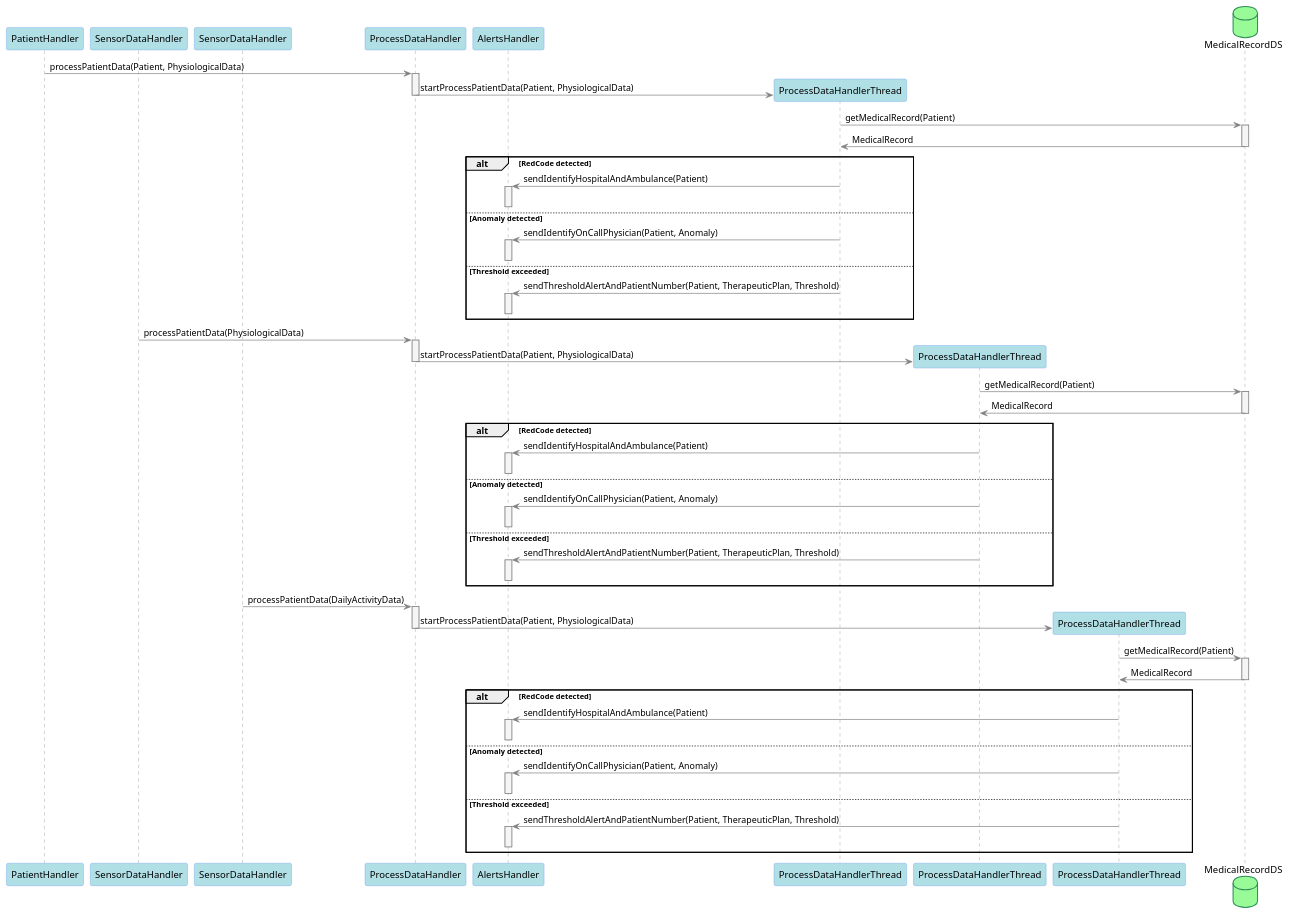
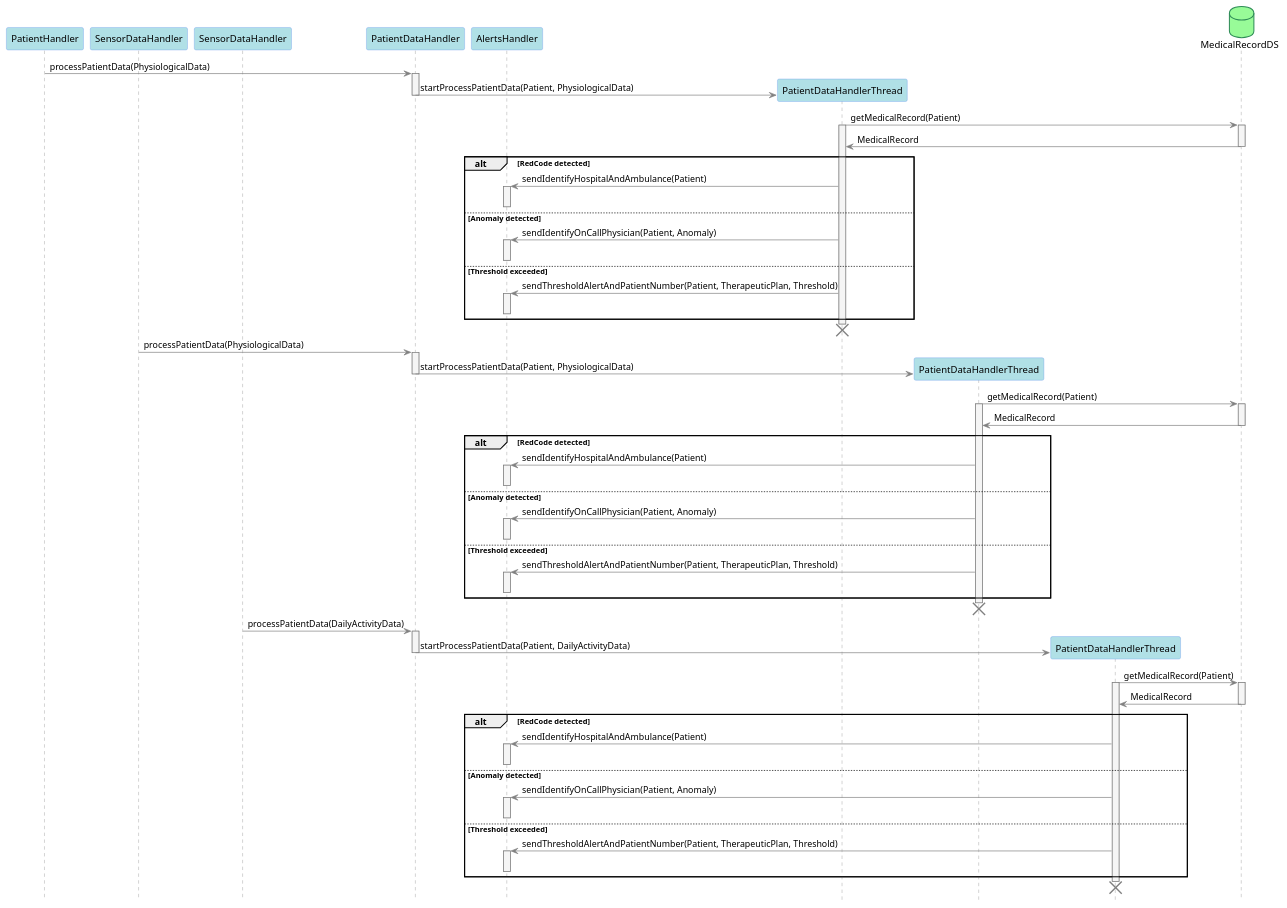
One commit to koalas11/Software-Architecture-Project changed the diagram in diagrams/sequence-diagrams/patient_data_handler.wsd. Above: the diagram before and after it, drawn with PlantUML. The commit also changed 8 other files, not shown here.

```diff
--- a/diagrams/sequence-diagrams/patient_data_handler.wsd
+++ b/diagrams/sequence-diagrams/patient_data_handler.wsd
@@ -1,80 +1,89 @@
 @startuml patient_data_handler
 
 skinparam sequence {
   ArrowColor Gray
   LifeLineBorderColor Gray
   LifeLineBackgroundColor WhiteSmoke
 
   ActorBorderColor Tomato
   ActorBackgroundColor LightSalmon
 
   ParticipantBackgroundColor PowderBlue
   ParticipantBorderColor CornflowerBlue
 }
 skinparam DatabaseBorderColor SeaGreen
 skinparam DatabaseBackgroundColor PaleGreen
 
+hide footbox
+
 participant PatientHandler as PH
 participant SensorDataHandler as SDH1
 participant SensorDataHandler as SDH2
-participant ProcessDataHandler as PDH
+participant PatientDataHandler as PDH
 participant AlertsHandler as AH
-participant ProcessDataHandlerThread as PDH1
-participant ProcessDataHandlerThread as PDH2
-participant ProcessDataHandlerThread as PDH3
+participant PatientDataHandlerThread as PDH1
+participant PatientDataHandlerThread as PDH2
+participant PatientDataHandlerThread as PDH3
 database MedicalRecordDS
 
-PH -> PDH ++ : processPatientData(Patient, PhysiologicalData)
+PH -> PDH ++ : processPatientData(PhysiologicalData)
 PDH -> PDH1 ** : startProcessPatientData(Patient, PhysiologicalData)
 deactivate PDH
 PDH1 -> MedicalRecordDS ++ : getMedicalRecord(Patient)
+activate PDH1
 PDH1 <- MedicalRecordDS -- : MedicalRecord
 
 alt RedCode detected
 PDH1 -> AH ++ : sendIdentifyHospitalAndAmbulance(Patient)
 deactivate AH
 else Anomaly detected
 PDH1 -> AH ++ : sendIdentifyOnCallPhysician(Patient, Anomaly)
 deactivate AH
 else Threshold exceeded
 PDH1 -> AH ++ : sendThresholdAlertAndPatientNumber(Patient, TherapeuticPlan, Threshold)
 deactivate AH
 end
+destroy PDH1
+
 
 SDH1 -> PDH ++ : processPatientData(PhysiologicalData)
 PDH -> PDH2 ** : startProcessPatientData(Patient, PhysiologicalData)
 deactivate PDH
 PDH2 -> MedicalRecordDS ++ : getMedicalRecord(Patient)
+activate PDH2
 PDH2 <- MedicalRecordDS -- : MedicalRecord
 
 alt RedCode detected
 PDH2 -> AH ++ : sendIdentifyHospitalAndAmbulance(Patient)
 deactivate AH
 else Anomaly detected
 PDH2 -> AH ++ : sendIdentifyOnCallPhysician(Patient, Anomaly)
 deactivate AH
 else Threshold exceeded
 PDH2 -> AH ++ : sendThresholdAlertAndPatientNumber(Patient, TherapeuticPlan, Threshold)
 deactivate AH
 end
+destroy PDH2
 
 SDH2 -> PDH ++ : processPatientData(DailyActivityData)
-PDH -> PDH3 ** : startProcessPatientData(Patient, PhysiologicalData)
+PDH -> PDH3 ** : startProcessPatientData(Patient, DailyActivityData)
 deactivate PDH
 PDH3 -> MedicalRecordDS ++ : getMedicalRecord(Patient)
+activate PDH3
 PDH3 <- MedicalRecordDS -- : MedicalRecord
 
 alt RedCode detected
 PDH3 -> AH ++ : sendIdentifyHospitalAndAmbulance(Patient)
 deactivate AH
 else Anomaly detected
 PDH3 -> AH ++ : sendIdentifyOnCallPhysician(Patient, Anomaly)
 deactivate AH
 else Threshold exceeded
 PDH3 -> AH ++ : sendThresholdAlertAndPatientNumber(Patient, TherapeuticPlan, Threshold)
 deactivate AH
 end
+destroy PDH3
 
 deactivate PDH
 
 @enduml
```
